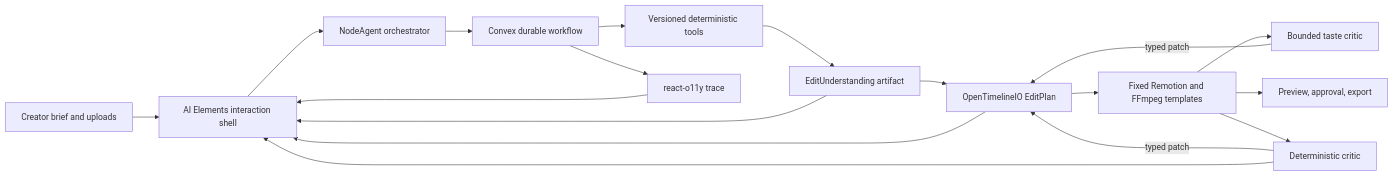
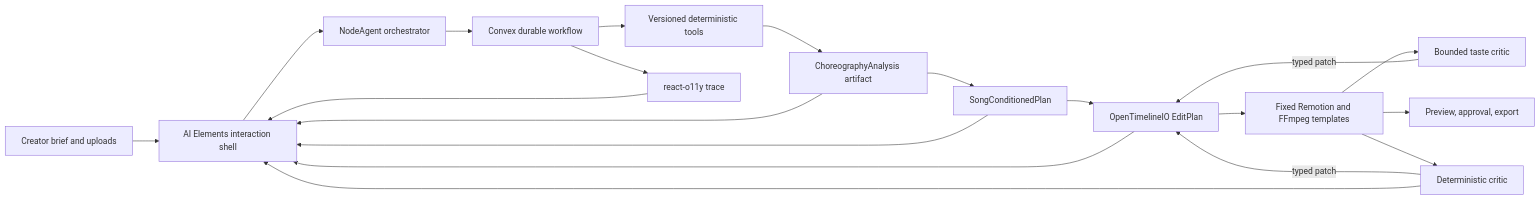
Before and after one commit to HomenShum/NodeVideo: the first of 2 diagrams in docs/architecture.md, drawn with Mermaid. The commit also changed other lines of this file and 301 other files, not shown here.

````diff
--- a/docs/architecture.md
+++ b/docs/architecture.md
@@ -31,20 +35,22 @@
 ```mermaid
 flowchart LR
   U["Creator brief and uploads"] --> UI["AI Elements interaction shell"]
   UI --> A["NodeAgent orchestrator"]
   A --> W["Convex durable workflow"]
   W --> T["Versioned deterministic tools"]
-  T --> EU["EditUnderstanding artifact"]
-  EU --> EP["OpenTimelineIO EditPlan"]
+  T --> CA["ChoreographyAnalysis artifact"]
+  CA --> SP["SongConditionedPlan"]
+  SP --> EP["OpenTimelineIO EditPlan"]
   EP --> R["Fixed Remotion and FFmpeg templates"]
   R --> CR["Deterministic critic"]
   CR -->|"typed patch"| EP
   R --> MM["Bounded taste critic"]
   MM -->|"typed patch"| EP
   R --> O["Preview, approval, export"]
   W --> TR["react-o11y trace"]
-  EU --> UI
+  CA --> UI
+  SP --> UI
   EP --> UI
   CR --> UI
   TR --> UI
 ```
````
